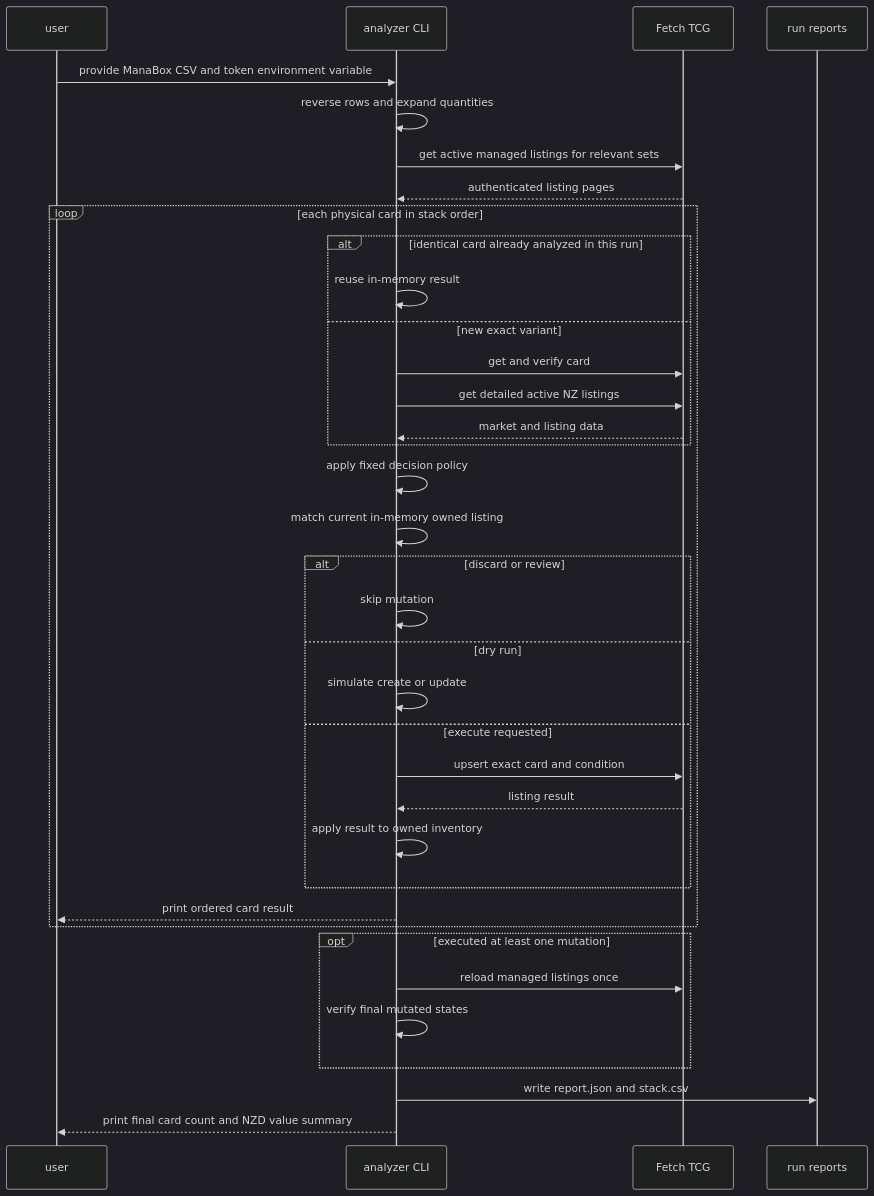
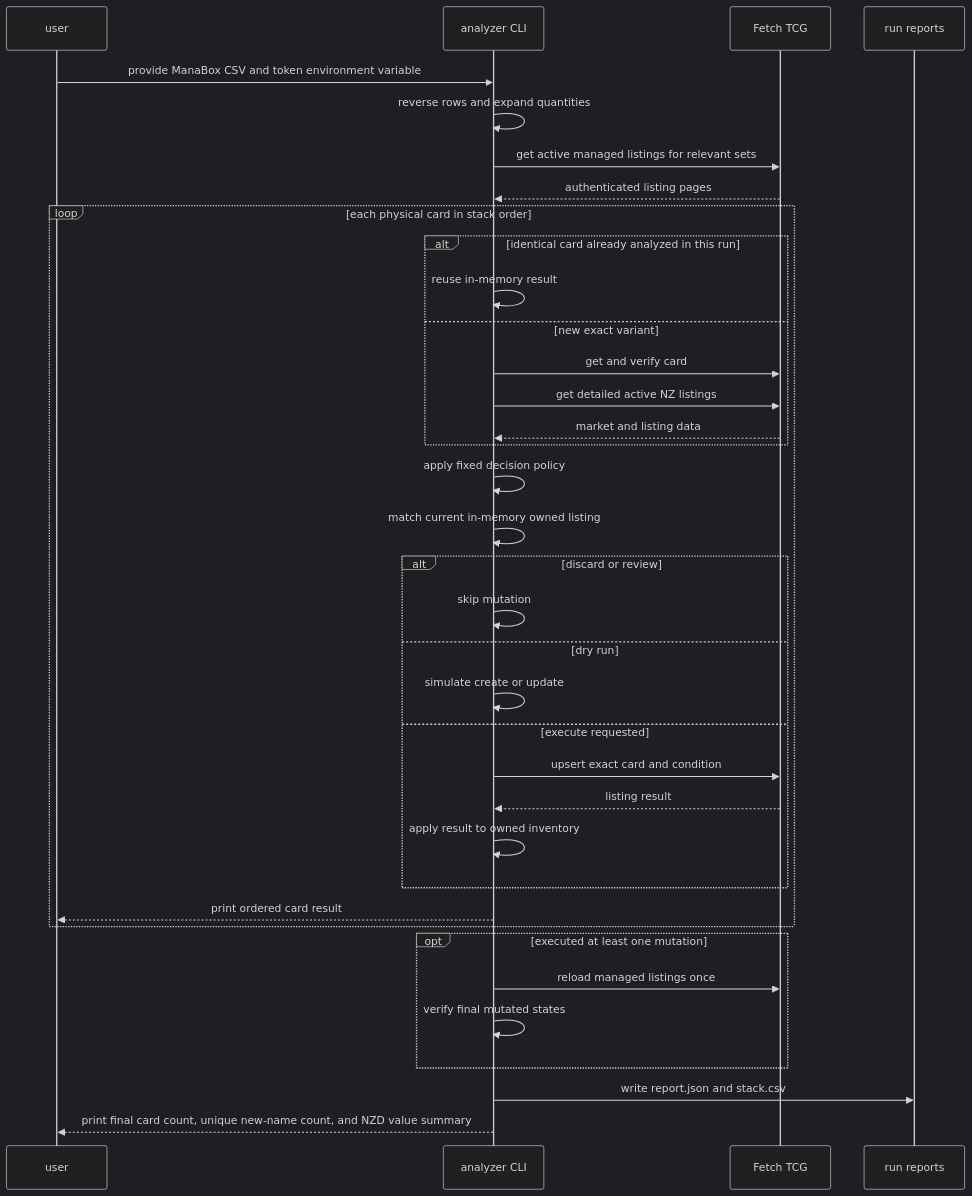
One commit to jordansimsmith/jordansimsmith-com changed the second of 2 diagrams in tcg_lister_api/scripts/list/README.md. Above: the diagram before and after it, drawn with Mermaid (dark theme). The commit also changed other lines of this file and 2 other files, not shown here.

Commit message:
Report unique new cards in listing summaries

````diff
--- a/tcg_lister_api/scripts/list/README.md
+++ b/tcg_lister_api/scripts/list/README.md
@@ -85,39 +85,39 @@
 ```mermaid
 sequenceDiagram
   participant User as user
   participant Cli as analyzer CLI
   participant Fetch as Fetch TCG
   participant Reports as run reports
 
   User->>Cli: provide ManaBox CSV and token environment variable
   Cli->>Cli: reverse rows and expand quantities
   Cli->>Fetch: get active managed listings for relevant sets
   Fetch-->>Cli: authenticated listing pages
   loop each physical card in stack order
     alt identical card already analyzed in this run
       Cli->>Cli: reuse in-memory result
     else new exact variant
       Cli->>Fetch: get and verify card
       Cli->>Fetch: get detailed active NZ listings
       Fetch-->>Cli: market and listing data
     end
     Cli->>Cli: apply fixed decision policy
     Cli->>Cli: match current in-memory owned listing
     alt discard or review
       Cli->>Cli: skip mutation
     else dry run
       Cli->>Cli: simulate create or update
     else execute requested
       Cli->>Fetch: upsert exact card and condition
       Fetch-->>Cli: listing result
       Cli->>Cli: apply result to owned inventory
     end
     Cli-->>User: print ordered card result
   end
   opt executed at least one mutation
     Cli->>Fetch: reload managed listings once
     Cli->>Cli: verify final mutated states
   end
   Cli->>Reports: write report.json and stack.csv
-  Cli-->>User: print final card count and NZD value summary
+  Cli-->>User: print final card count, unique new-name count, and NZD value summary
 ```
````
